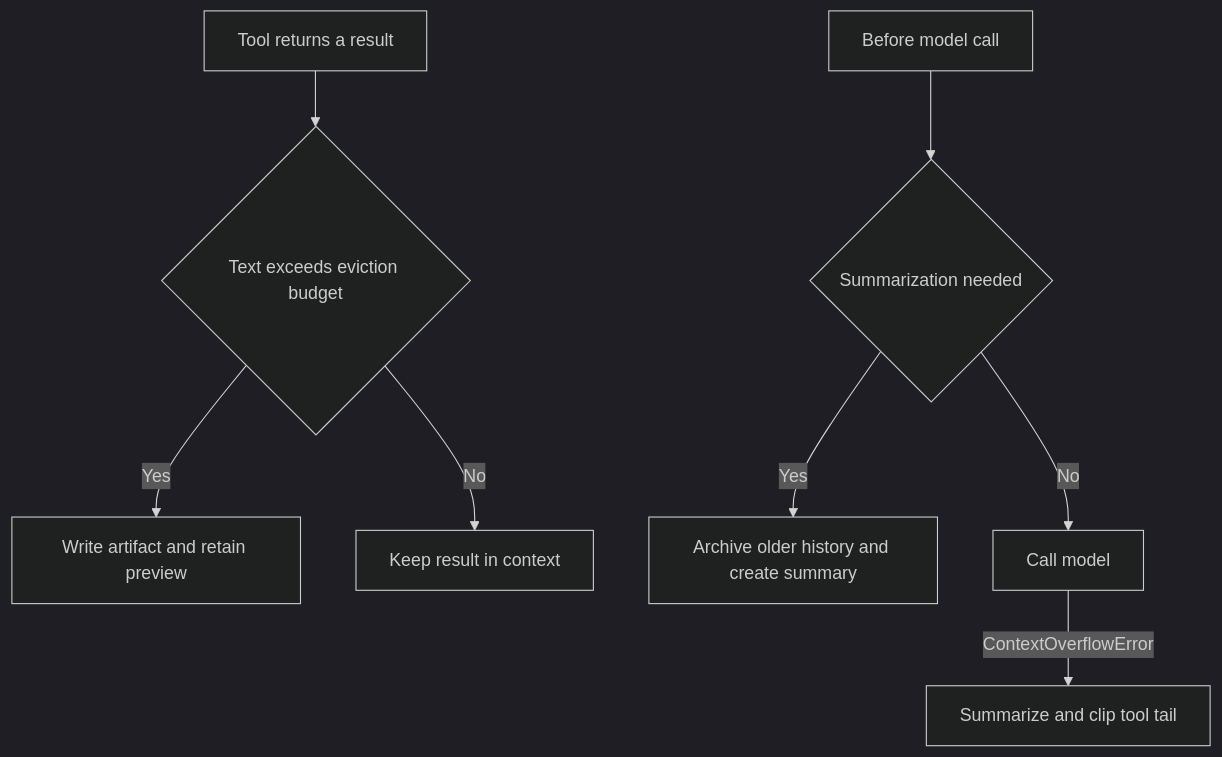
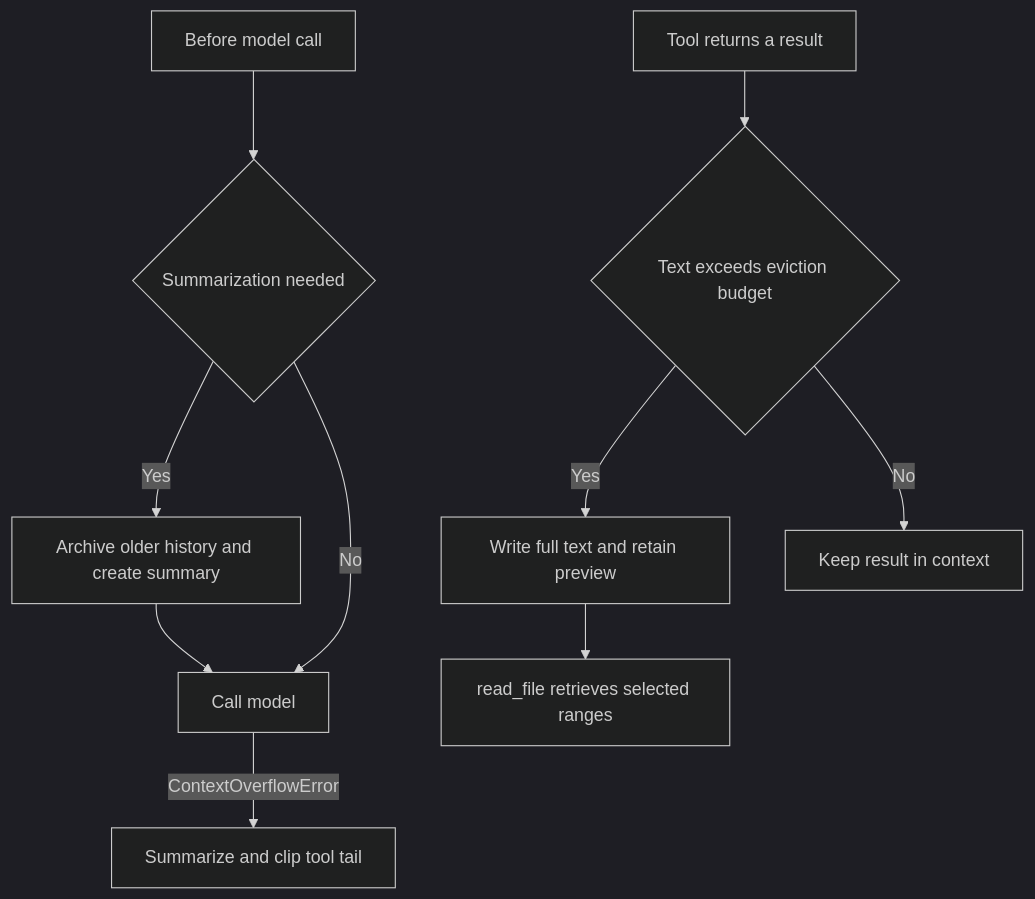
One commit to langchain-ai/deepagents changed the first of 3 diagrams in openwiki/concepts/context-management.md. Above: the diagram before and after it, drawn with Mermaid (dark theme). The commit also changed other lines of this file and 39 other files, not shown here.

````diff
--- a/openwiki/concepts/context-management.md
+++ b/openwiki/concepts/context-management.md
@@ -46,10 +44,12 @@
 ```mermaid
 flowchart TD
-    Tool["Tool returns a result"] --> EvictCheck{"Text exceeds eviction budget"}
-    EvictCheck -->|Yes| Evict["Write artifact and retain preview"]
-    EvictCheck -->|No| Keep["Keep result in context"]
-    Model["Before model call"] --> SumCheck{"Summarization needed"}
-    SumCheck -->|Yes| Compact["Archive older history and create summary"]
-    SumCheck -->|No| Provider["Call model"]
-    Provider -->|ContextOverflowError| Recover["Summarize and clip tool tail"]
+    Tool["Tool returns a result"] --> Size{"Text exceeds eviction budget"}
+    Size -->|Yes| Store["Write full text and retain preview"]
+    Size -->|No| Keep["Keep result in context"]
+    Request["Before model call"] --> Threshold{"Summarization needed"}
+    Threshold -->|Yes| Compact["Archive older history and create summary"]
+    Threshold -->|No| Model["Call model"]
+    Compact --> Model
+    Model -->|ContextOverflowError| Recovery["Summarize and clip tool tail"]
+    Store --> Read["read_file retrieves selected ranges"]
 ```
````
